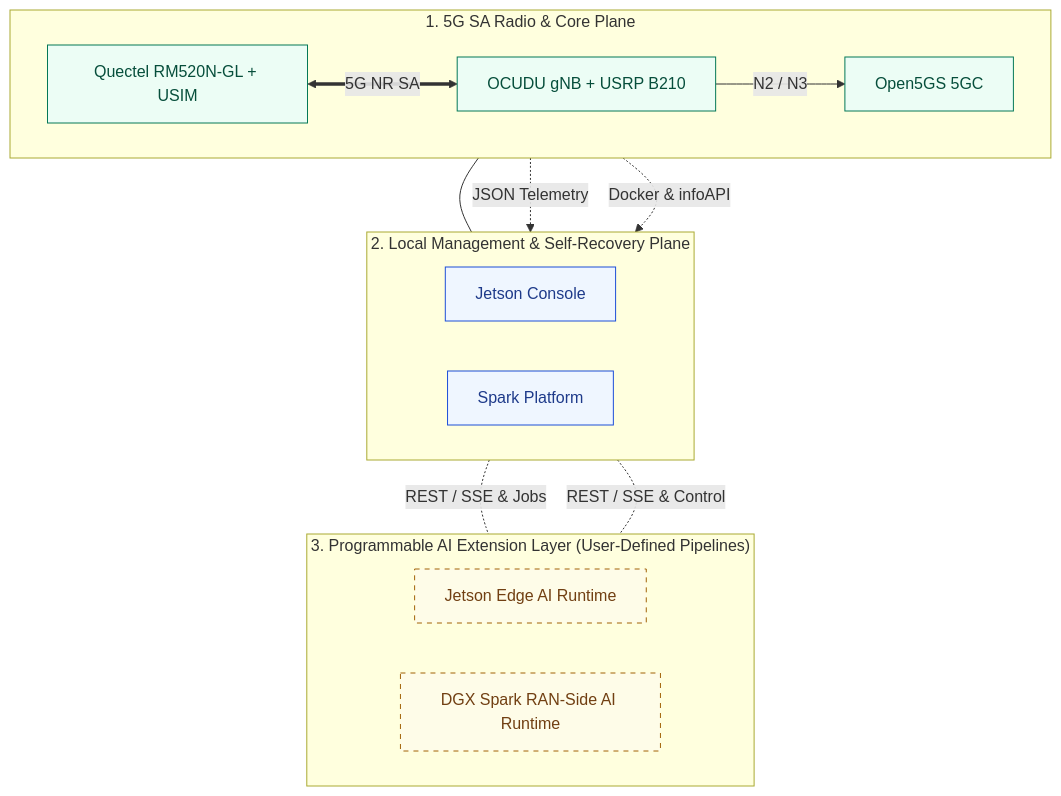
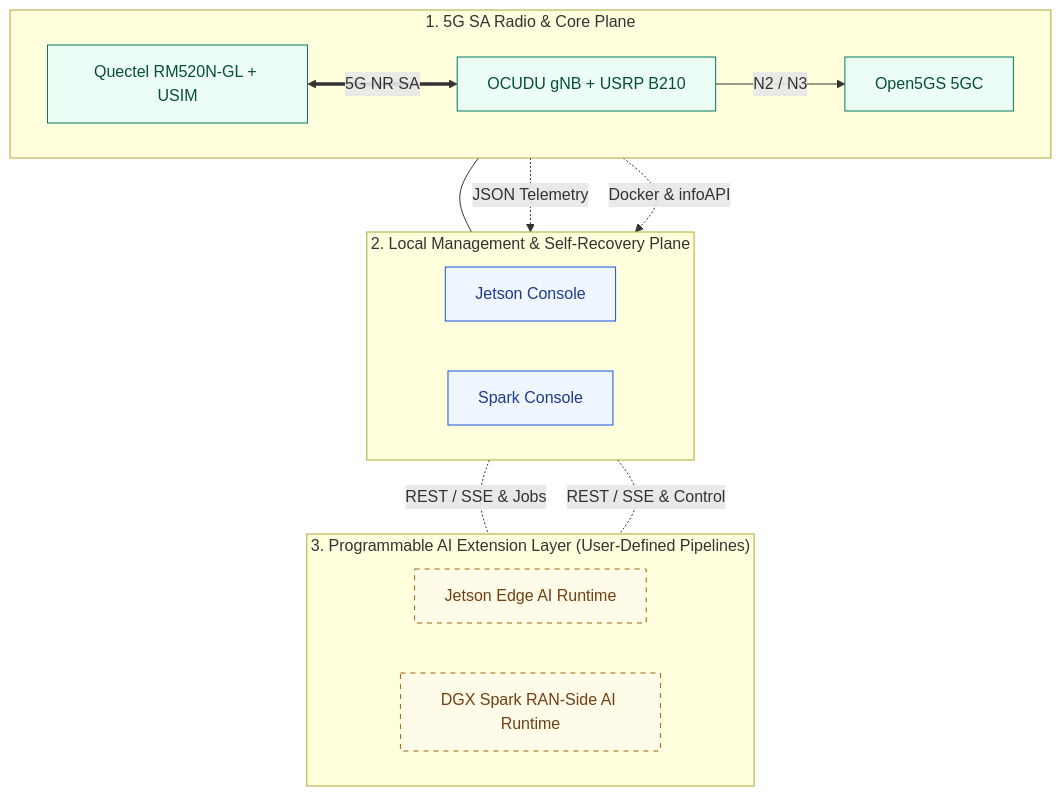
One commit to HKUOpenSource/OpenAirKit changed the diagram in docs/architecture.md. Above: the diagram before and after it, drawn with Mermaid. The commit also changed other lines of this file and 29 other files, not shown here.

Commit message:
docs: unify base-station console naming to Spark Console

````diff
--- a/docs/architecture.md
+++ b/docs/architecture.md
@@ -23,33 +23,33 @@
 ```mermaid
 flowchart TB
   classDef stack fill:#ecfdf5,stroke:#047857,color:#064e3b
   classDef mgmt fill:#eff6ff,stroke:#1d4ed8,color:#1e3a8a
   classDef ai fill:#fefce8,stroke:#a16207,stroke-dasharray:5 5,color:#713f12
 
   subgraph AI["3. Programmable AI Extension Layer (User-Defined Pipelines)"]
     direction LR
     JAI["Jetson Edge AI Runtime"]:::ai
     SAI["DGX Spark RAN-Side AI Runtime"]:::ai
   end
 
   subgraph MGMT["2. Local Management & Self-Recovery Plane"]
     direction LR
     JC["Jetson Console"]:::mgmt
-    SP["Spark Platform"]:::mgmt
+    SP["Spark Console"]:::mgmt
   end
 
   subgraph STACK["1. 5G SA Radio & Core Plane"]
     direction LR
     RM["Quectel RM520N-GL + USIM"]:::stack
     GNB["OCUDU gNB + USRP B210"]:::stack
     CORE["Open5GS 5GC"]:::stack
     RM <== "5G NR SA" ==> GNB
     GNB -- "N2 / N3" --> CORE
   end
 
   RM --- JC
   GNB -. "JSON Telemetry" .-> SP
   CORE -. "Docker & infoAPI" .-> SP
   JC -. "REST / SSE & Jobs" .- JAI
   SP -. "REST / SSE & Control" .- SAI
 ```
````
